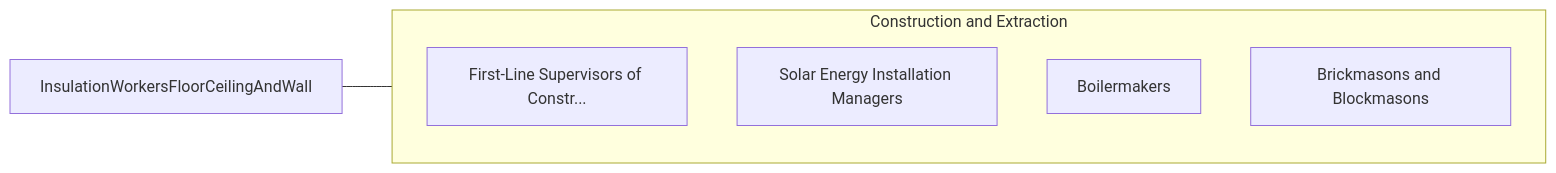
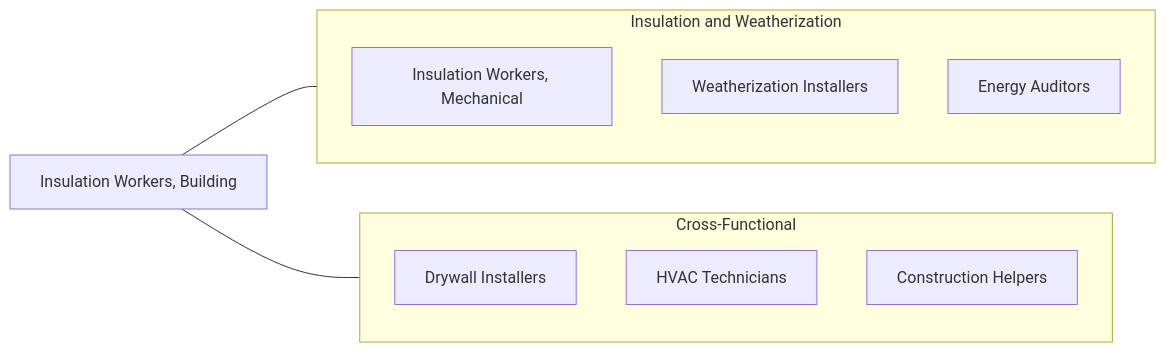
Before and after one commit to kziemski/business.org.ai: the fourth of 4 diagrams in occupations/Construction/InsulationWorkersFloorCeilingAndWall.mdx, drawn with Mermaid. The commit also changed other lines of this file and 938 other files, not shown here.

````diff
--- a/occupations/Construction/InsulationWorkersFloorCeilingAndWall.mdx
+++ b/occupations/Construction/InsulationWorkersFloorCeilingAndWall.mdx
@@ -106,13 +208,19 @@
 ```mermaid
 graph LR
-    Current["InsulationWorkersFloorCeilingAndWall"]
+    Current["Insulation Workers, Building"]
 
-    subgraph SameCategory["Construction and Extraction"]
-        FirstLineSupervisors["First-Line Supervisors of Constr..."]
-        SolarEnergyInstallat["Solar Energy Installation Managers"]
-        Boilermakers["Boilermakers"]
-        BrickmasonsAndBlockm["Brickmasons and Blockmasons"]
+    subgraph SameCategory["Insulation and Weatherization"]
+        MechIns["Insulation Workers, Mechanical"]
+        Weather["Weatherization Installers"]
+        Energy["Energy Auditors"]
+    end
+
+    subgraph CrossFunctional["Cross-Functional"]
+        Drywall["Drywall Installers"]
+        HVAC["HVAC Technicians"]
+        Helper["Construction Helpers"]
     end
 
     Current --- SameCategory
+    Current --- CrossFunctional
 ```
````
